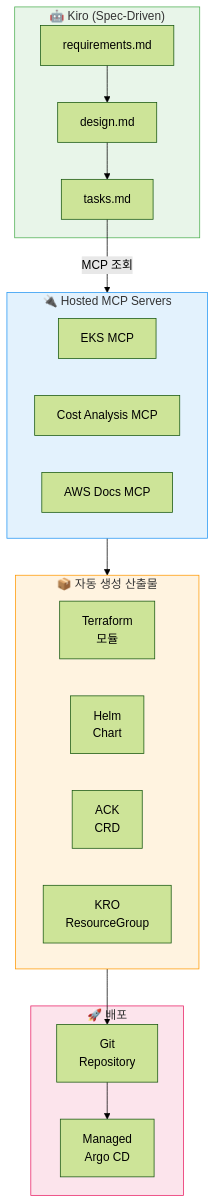
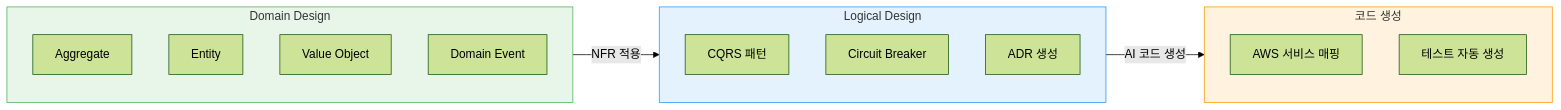
One commit to devfloor9/engineering-playbook changed the second of 2 diagrams in docs/aiops-aidlc/aidlc-framework.md. Above: the diagram before and after it, drawn with Mermaid (forest theme). The commit also changed other lines of this file and 45 other files, not shown here.

````diff
--- a/docs/aiops-aidlc/aidlc-framework.md
+++ b/docs/aiops-aidlc/aidlc-framework.md
@@ -581,37 +318,27 @@
 ```mermaid
-graph TD
-    subgraph Kiro["🤖 Kiro (Spec-Driven)"]
-        REQ2["requirements.md"]
-        DES["design.md"]
-        TSK["tasks.md"]
+graph LR
+    subgraph DD["Domain Design"]
+        AGG["Aggregate"]
+        ENT["Entity"]
+        VO["Value Object"]
+        DE["Domain Event"]
     end
 
-    subgraph MCP2["🔌 Hosted MCP Servers"]
-        EKS_MCP2["EKS MCP"]
-        COST["Cost Analysis MCP"]
-        DOCS["AWS Docs MCP"]
+    subgraph LD["Logical Design"]
+        CQRS["CQRS 패턴"]
+        CB["Circuit Breaker"]
+        ADR["ADR 생성"]
     end
 
-    subgraph Output["📦 자동 생성 산출물"]
-        TF["Terraform\n모듈"]
-        HELM["Helm\nChart"]
-        ACK_CRD["ACK\nCRD"]
-        KRO_RG["KRO\nResourceGroup"]
+    subgraph CG["코드 생성"]
+        AWS["AWS 서비스 매핑"]
+        TEST["테스트 자동 생성"]
     end
 
-    subgraph Deploy["🚀 배포"]
-        ARGO["Managed\nArgo CD"]
-        GIT["Git\nRepository"]
-    end
+    DD -->|NFR 적용| LD
+    LD -->|AI 코드 생성| CG
 
-    REQ2 --> DES --> TSK
-    TSK --> |MCP 조회| MCP2
-    MCP2 --> Output
-    Output --> GIT
-    GIT --> ARGO
-
-    style Kiro fill:#e8f5e9,stroke:#4caf50
-    style MCP2 fill:#e3f2fd,stroke:#2196f3
-    style Output fill:#fff3e0,stroke:#ff9800
-    style Deploy fill:#fce4ec,stroke:#e91e63
+    style DD fill:#e8f5e9,stroke:#4caf50
+    style LD fill:#e3f2fd,stroke:#2196f3
+    style CG fill:#fff3e0,stroke:#ff9800
 ```
````
